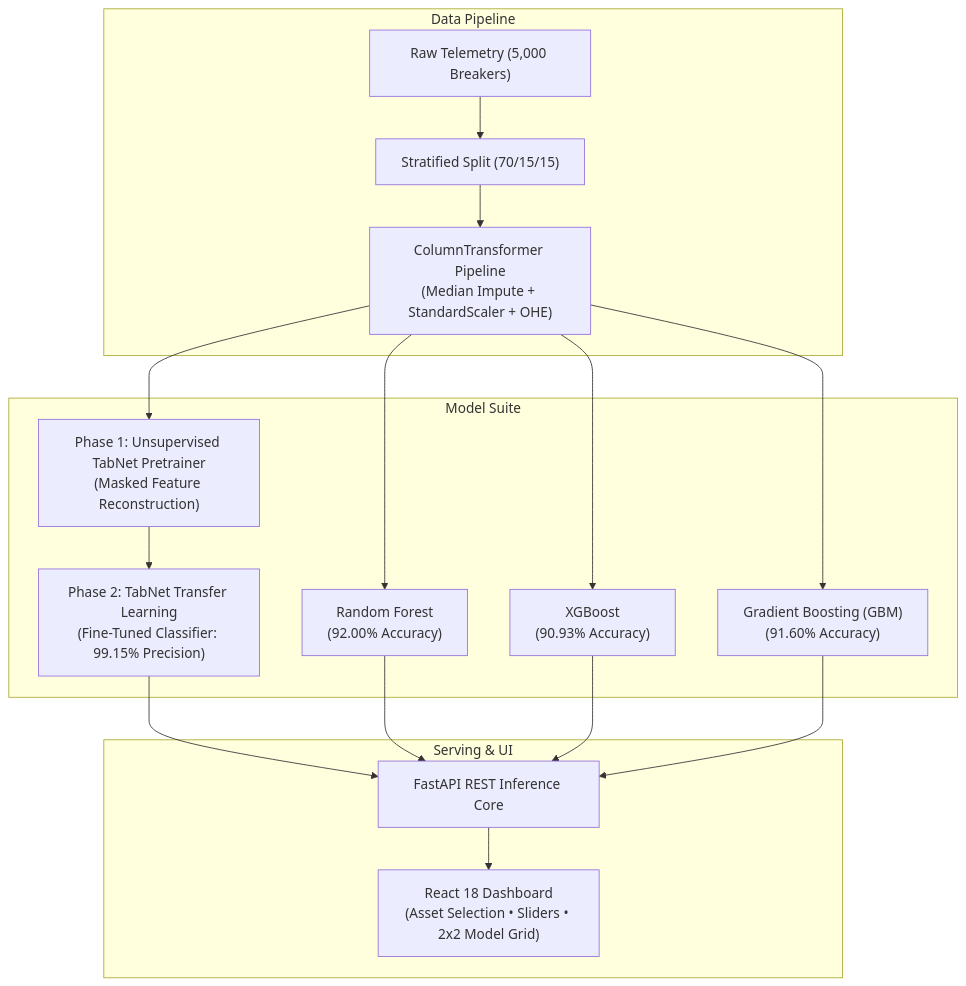
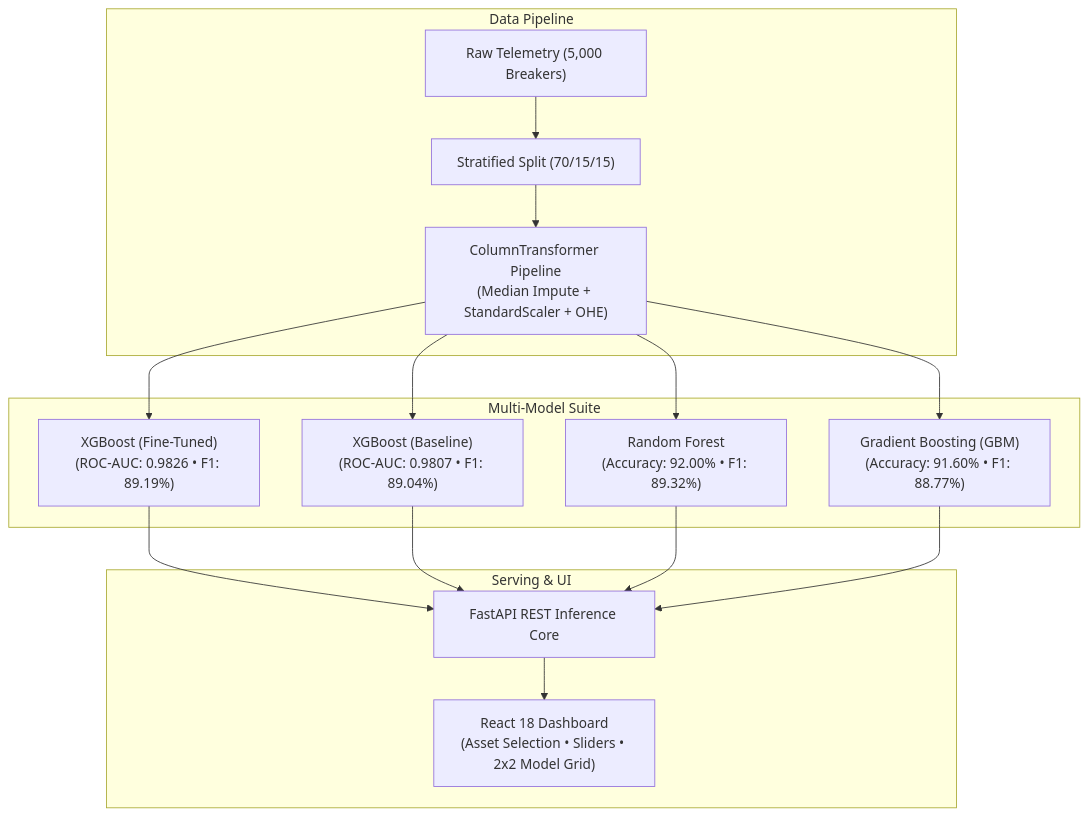
Before and after one commit to divyanshu-mishra-19/SwitchGear-Project: the diagram in reports/PROJECT_PRESENTATION_SUMMARY.md, drawn with Mermaid. The commit also changed other lines of this file and 26 other files, not shown here.

Commit message:
Update project: remove TabNet, fine-tune XGBoost via 5-fold CV, benchmark baselines, update reports and dashboard

````diff
--- a/reports/PROJECT_PRESENTATION_SUMMARY.md
+++ b/reports/PROJECT_PRESENTATION_SUMMARY.md
@@ -14,18 +14,17 @@
 ```mermaid
 flowchart TD
     subgraph Data Pipeline
         A["Raw Telemetry (5,000 Breakers)"] --> B["Stratified Split (70/15/15)"]
         B --> C["ColumnTransformer Pipeline<br>(Median Impute + StandardScaler + OHE)"]
     end
-    subgraph Model Suite
-        C --> D["Phase 1: Unsupervised TabNet Pretrainer<br>(Masked Feature Reconstruction)"]
-        D --> E["Phase 2: TabNet Transfer Learning<br>(Fine-Tuned Classifier: 99.15% Precision)"]
-        C --> F["Random Forest<br>(92.00% Accuracy)"]
-        C --> G["XGBoost<br>(90.93% Accuracy)"]
-        C --> H["Gradient Boosting (GBM)<br>(91.60% Accuracy)"]
+    subgraph Multi-Model Suite
+        C --> D["XGBoost (Fine-Tuned)<br>(ROC-AUC: 0.9826 • F1: 89.19%)"]
+        C --> E["XGBoost (Baseline)<br>(ROC-AUC: 0.9807 • F1: 89.04%)"]
+        C --> F["Random Forest<br>(Accuracy: 92.00% • F1: 89.32%)"]
+        C --> G["Gradient Boosting (GBM)<br>(Accuracy: 91.60% • F1: 88.77%)"]
     end
     subgraph Serving & UI
-        E & F & G & H --> I["FastAPI REST Inference Core"]
-        I --> J["React 18 Dashboard<br>(Asset Selection • Sliders • 2x2 Model Grid)"]
+        D & E & F & G --> H["FastAPI REST Inference Core"]
+        H --> I["React 18 Dashboard<br>(Asset Selection • Sliders • 2x2 Model Grid)"]
     end
 ```
````
